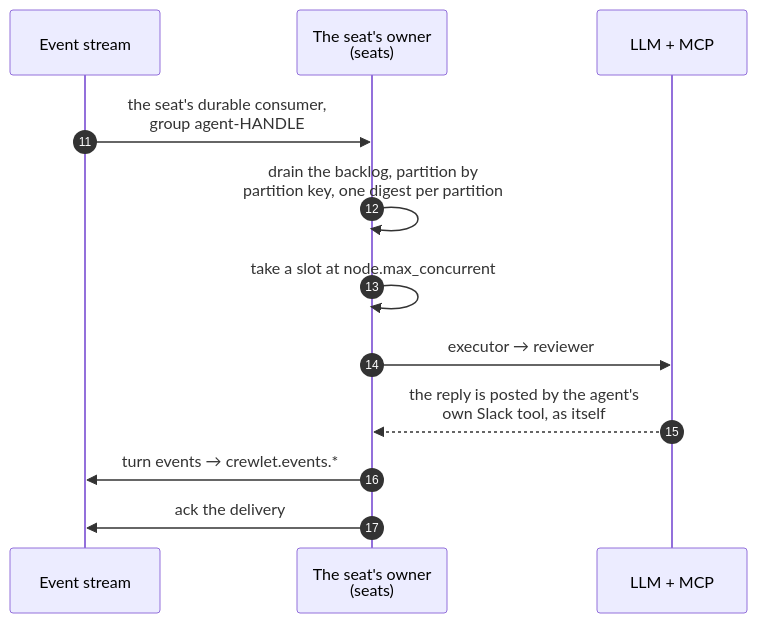
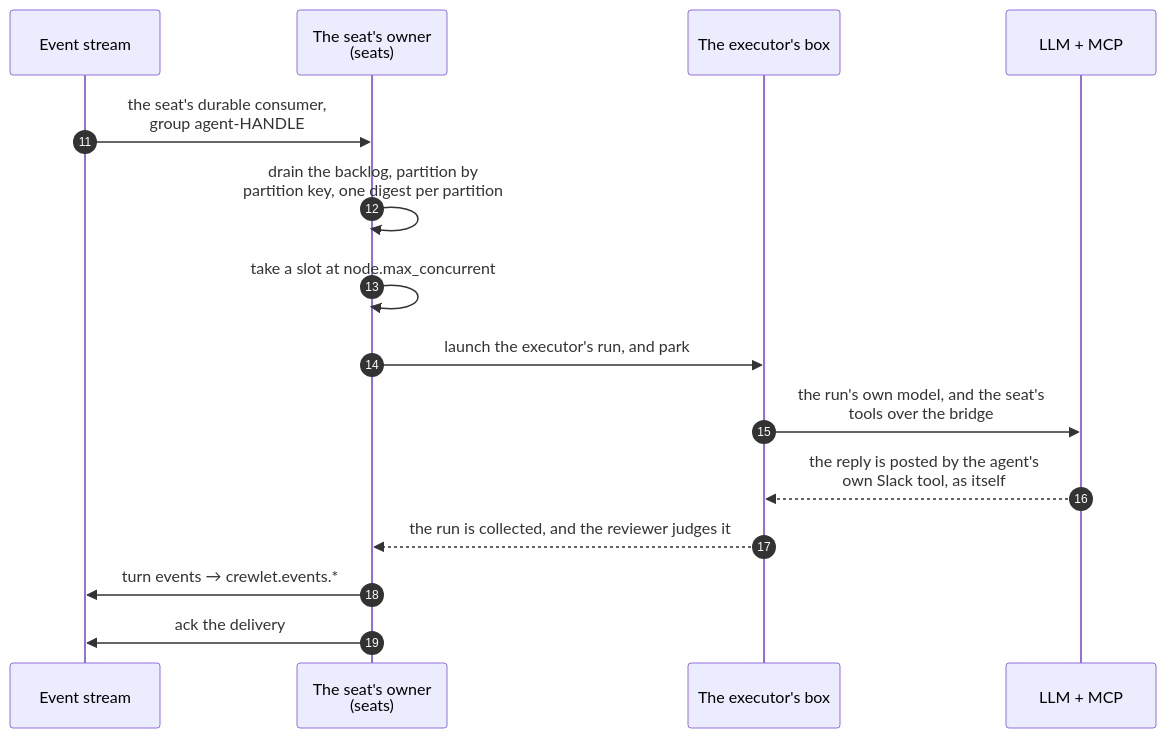
Before and after one commit to crewlet/crewlet: the seventh of 10 diagrams in docs/concepts/architecture.md, drawn with Mermaid. The commit also changed other lines of this file and 23 other files, not shown here.

````diff
--- a/docs/concepts/architecture.md
+++ b/docs/concepts/architecture.md
@@ -381,15 +386,18 @@
 ```mermaid
 sequenceDiagram
     autonumber 11
     participant S as Event stream
     participant O as The seat's owner<br/>(seats)
+    participant B as The executor's box
     participant M as LLM + MCP
 
     S->>O: the seat's durable consumer,<br/>group agent-HANDLE
     O->>O: drain the backlog, partition by<br/>partition key, one digest per partition
     O->>O: take a slot at node.max_concurrent
-    O->>M: executor → reviewer
-    M-->>O: the reply is posted by the agent's<br/>own Slack tool, as itself
+    O->>B: launch the executor's run, and park
+    B->>M: the run's own model, and the seat's<br/>tools over the bridge
+    M-->>B: the reply is posted by the agent's<br/>own Slack tool, as itself
+    B-->>O: the run is collected, and the reviewer judges it
     O->>S: turn events → crewlet.events.*
     O->>S: ack the delivery
 ```
````
